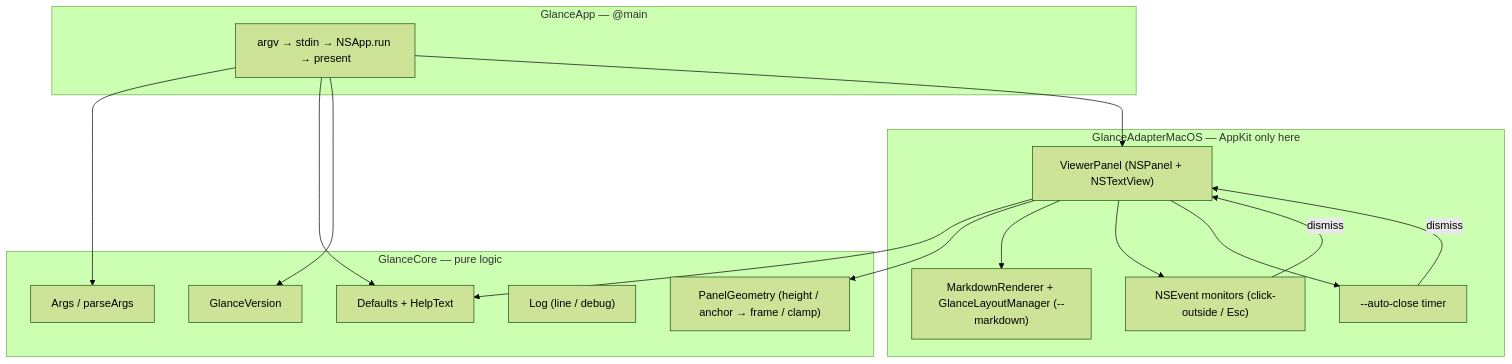
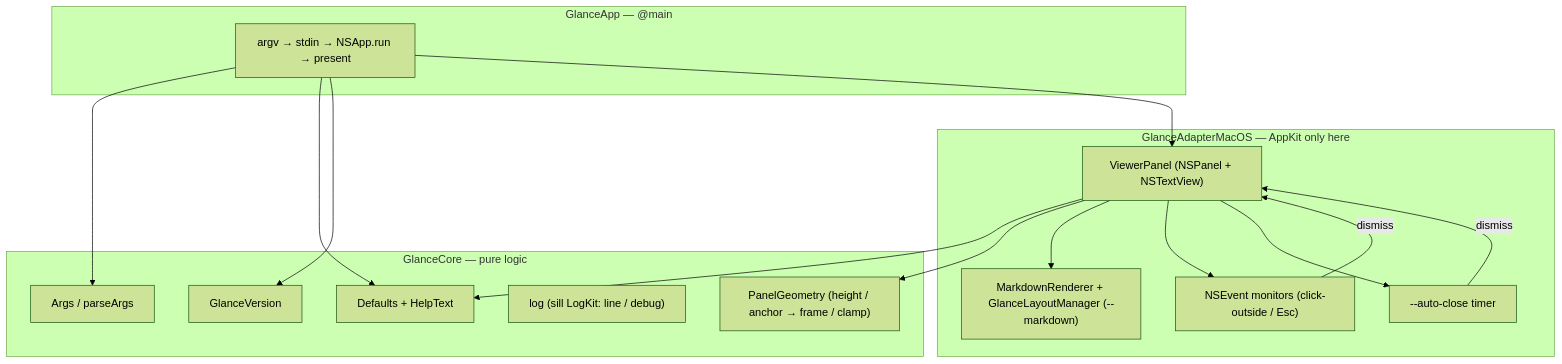
The diagram in docs/glossary.md (akira-toriyama/glance), drawn with Mermaid (forest theme) before and after one commit. The commit also changed other lines of this file and 8 other files, not shown here.

First line of the commit message:
:recycle:(core)= adopt sill LogKit — GlanceCore/Log.swift and the debugMode global go, `log` is Log(app: "glance") (#72)

````diff
--- a/docs/glossary.md
+++ b/docs/glossary.md
@@ -37,30 +37,30 @@
 ```mermaid
 flowchart TB
   subgraph CORE["GlanceCore — pure logic"]
     ARGS["Args / parseArgs"]
     DEFAULTS["Defaults + HelpText"]
     GEOM["PanelGeometry (height / anchor → frame / clamp)"]
-    LOG["Log (line / debug)"]
+    LOG["log (sill LogKit: line / debug)"]
     VERSION["GlanceVersion"]
   end
   subgraph ADAPTER["GlanceAdapterMacOS — AppKit only here"]
     PANEL["ViewerPanel (NSPanel + NSTextView)"]
     RENDER["MarkdownRenderer + GlanceLayoutManager (--markdown)"]
     MON["NSEvent monitors (click-outside / Esc)"]
     TIMER["--auto-close timer"]
   end
   subgraph APP["GlanceApp — @main"]
     MAIN["argv → stdin → NSApp.run → present"]
   end
   MAIN --> ARGS
   MAIN --> DEFAULTS
   MAIN --> VERSION
   MAIN --> PANEL
   PANEL --> DEFAULTS
   PANEL --> GEOM
   PANEL --> RENDER
   PANEL --> MON
   PANEL --> TIMER
   MON -->|dismiss| PANEL
   TIMER -->|dismiss| PANEL
 ```
````
